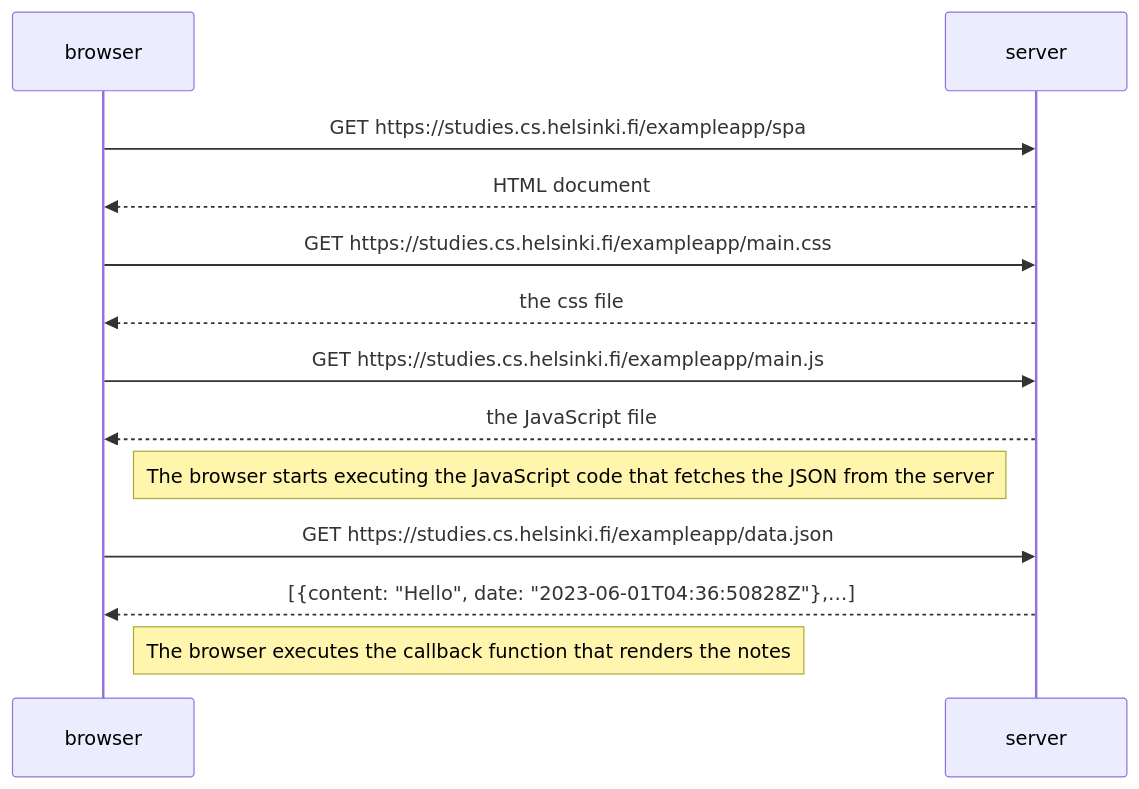
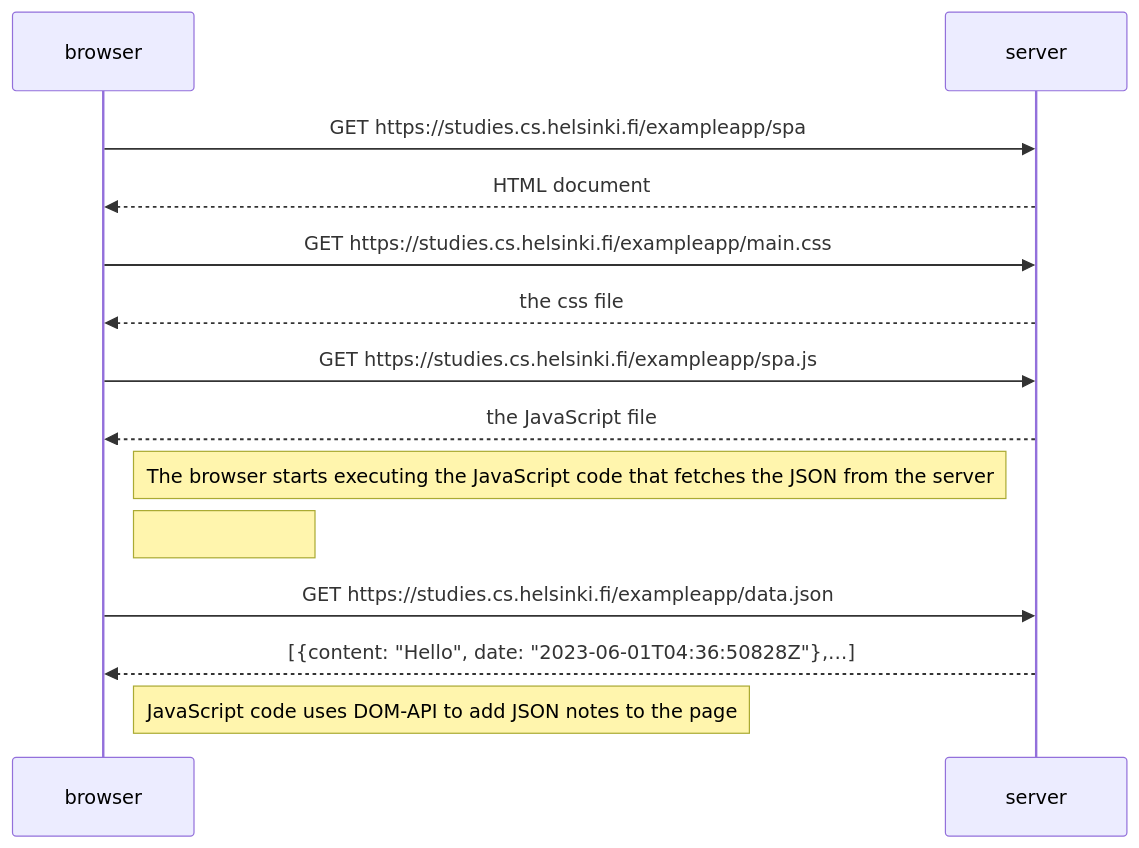
The diagram in single_page_app_diagram.md (Gwasagir/fullstack_open), drawn with Mermaid before and after one commit. The commit also changed 2 other files, not shown here.

Commit message:
ALmost done, checking how it looks

````diff
--- a/single_page_app_diagram.md
+++ b/single_page_app_diagram.md
@@ -3,20 +3,21 @@
 ```mermaid
 sequenceDiagram
 participant browser
 participant server
 
 browser->>server: GET https://studies.cs.helsinki.fi/exampleapp/spa
 server-->>browser: HTML document
 
 browser->>server: GET https://studies.cs.helsinki.fi/exampleapp/main.css
 server-->>browser: the css file
 
-browser->>server: GET https://studies.cs.helsinki.fi/exampleapp/main.js
+browser->>server: GET https://studies.cs.helsinki.fi/exampleapp/spa.js
 server-->>browser: the JavaScript file
 
 Note right of browser: The browser starts executing the JavaScript code that fetches the JSON from the server
+Note right of browser: 
 
 browser->>server: GET https://studies.cs.helsinki.fi/exampleapp/data.json
 server-->>browser: [{content: "Hello", date: "2023-06-01T04:36:50828Z"},…]
-Note right of browser: The browser executes the callback function that renders the notes
+Note right of browser: JavaScript code uses DOM-API to add JSON notes to the page
 ```
````
